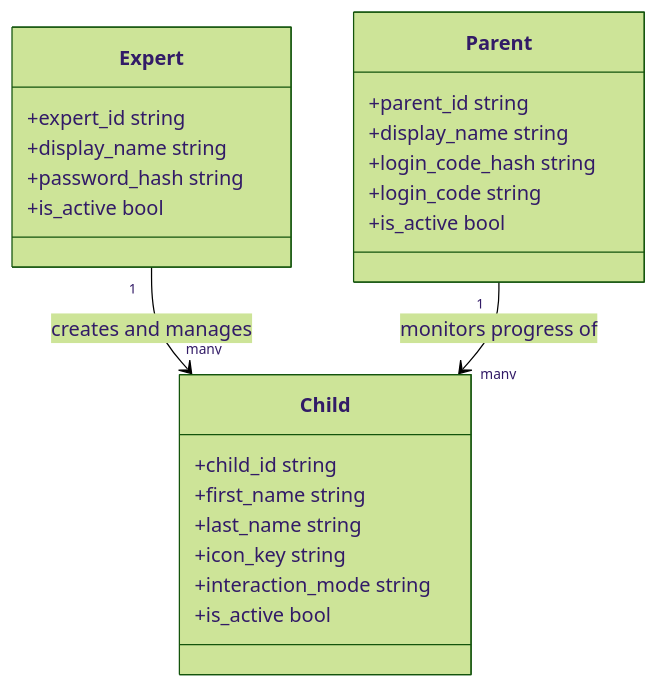
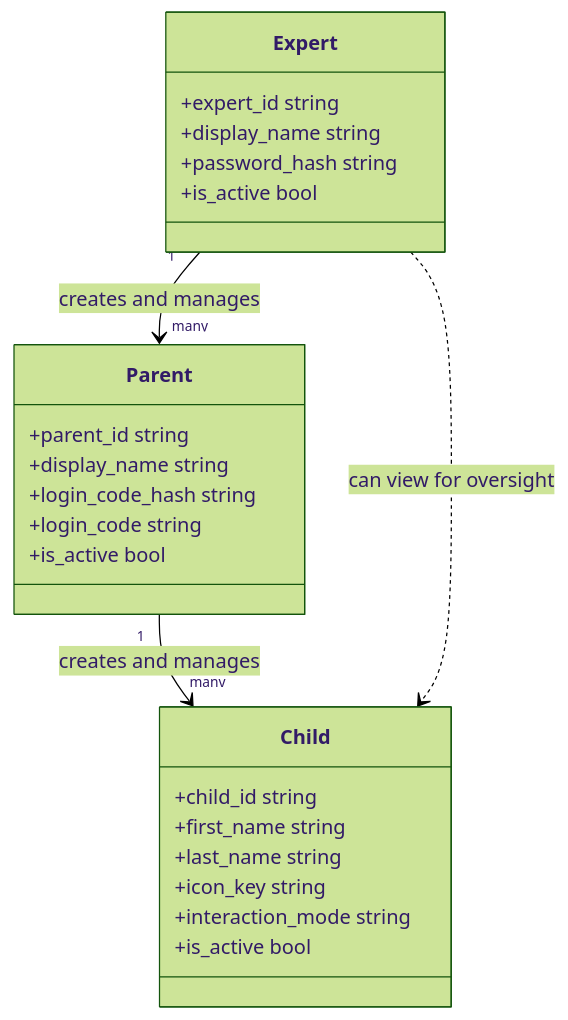
One commit to Capstone-Projects-2026-spring/project-piggyback-learning-piggyback-1 changed the first of 3 diagrams in documentation/docs/system-architecture/class-diagrams.md. Above: the diagram before and after it, drawn with Mermaid (forest theme). The commit also changed other lines of this file and 1 other file, not shown here.

Commit message:
docs : update the look of the diagrams

````diff
--- a/documentation/docs/system-architecture/class-diagrams.md
+++ b/documentation/docs/system-architecture/class-diagrams.md
@@ -11,27 +11,28 @@
 ```mermaid
 classDiagram
     class Expert {
         +expert_id string
         +display_name string
         +password_hash string
         +is_active bool
     }
     class Parent {
         +parent_id string
         +display_name string
         +login_code_hash string
         +login_code string
         +is_active bool
     }
     class Child {
         +child_id string
         +first_name string
         +last_name string
         +icon_key string
         +interaction_mode string
         +is_active bool
     }
 
-    Expert "1" --> "many" Child : creates and manages
-    Parent "1" --> "many" Child : monitors progress of
+    Expert "1" --> "many" Parent : creates and manages
+    Parent "1" --> "many" Child : creates and manages
+    Expert ..> Child : can view for oversight
 ```
````
